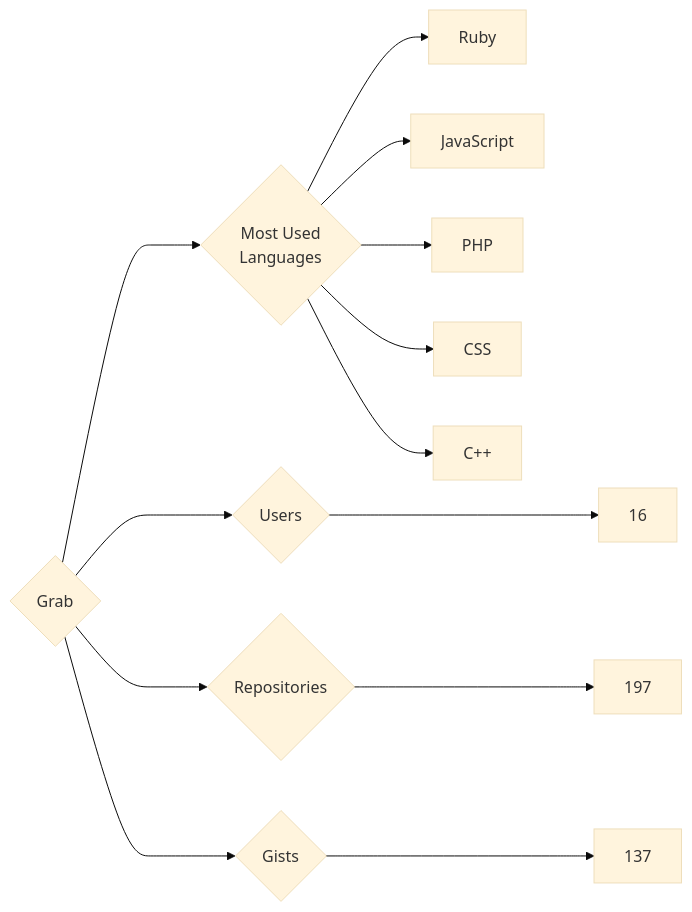
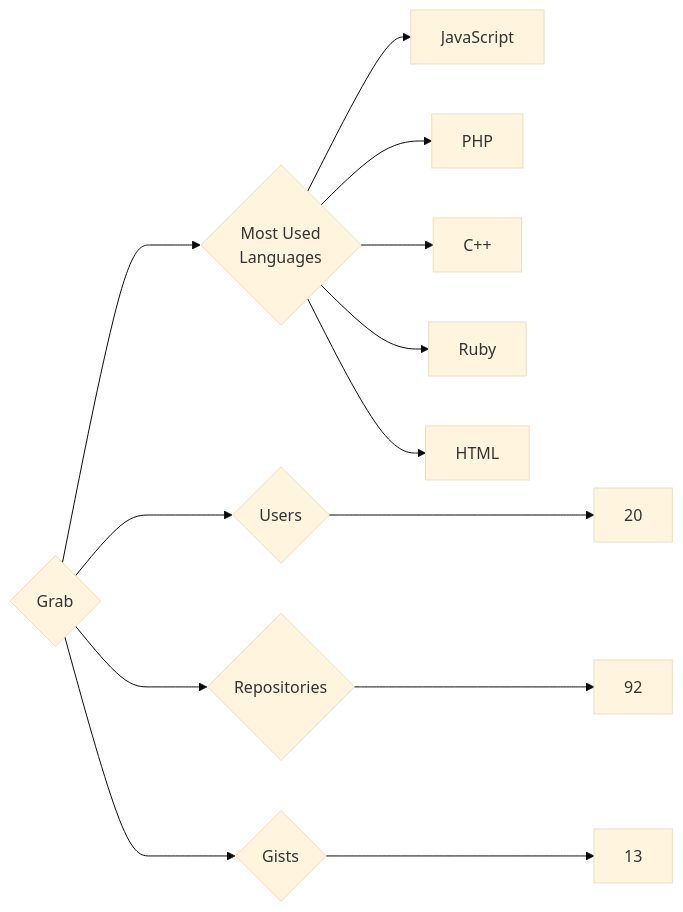
The diagram in targets/Grab/README.md (trickest/insiders), drawn with Mermaid (base theme) before and after one commit. The commit also changed 826 other files, not shown here.

````diff
--- a/targets/Grab/README.md
+++ b/targets/Grab/README.md
@@ -3,13 +3,13 @@
 ```mermaid
 graph LR
 COMPANY_NAME{Grab}
-COMPANY_NAME ---> U{Users} ---> UN[16]
-COMPANY_NAME ---> R{Repositories} ---> RN[197]
-COMPANY_NAME ---> G{Gists} ---> GN[137]
+COMPANY_NAME ---> U{Users} ---> UN[20]
+COMPANY_NAME ---> R{Repositories} ---> RN[92]
+COMPANY_NAME ---> G{Gists} ---> GN[13]
 COMPANY_NAME ---> ML{Most Used<br>Languages}
-ML --> Ruby[Ruby]
 ML --> JavaScript[JavaScript]
 ML --> PHP[PHP]
-ML --> CSS[CSS]
 ML --> C++[C++]
+ML --> Ruby[Ruby]
+ML --> HTML[HTML]
 ```
````
